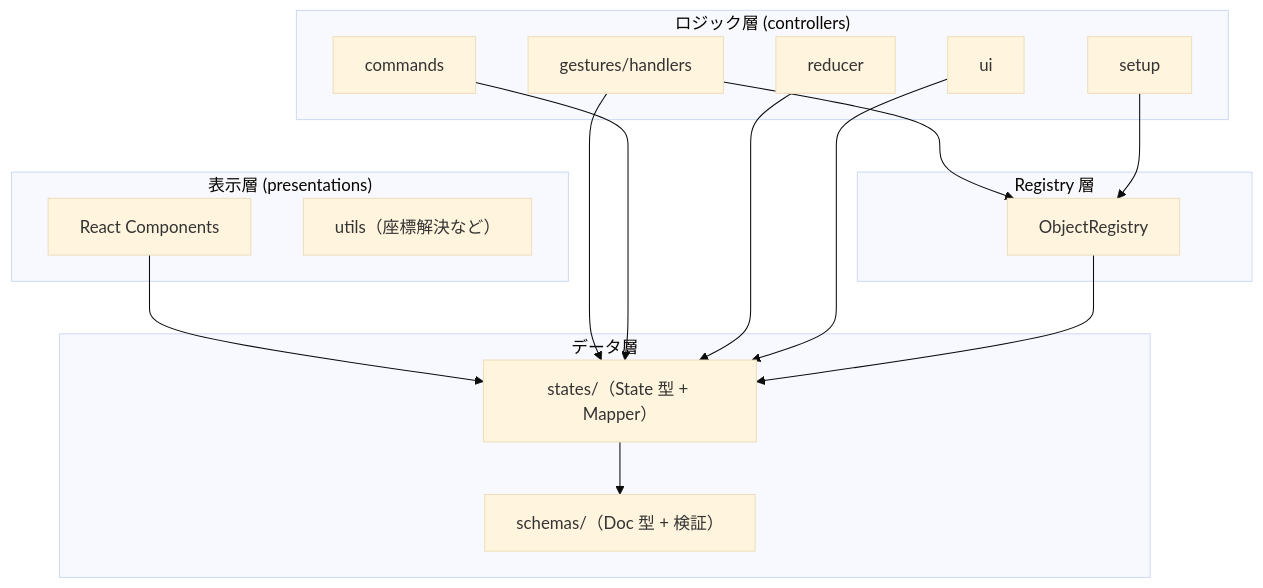
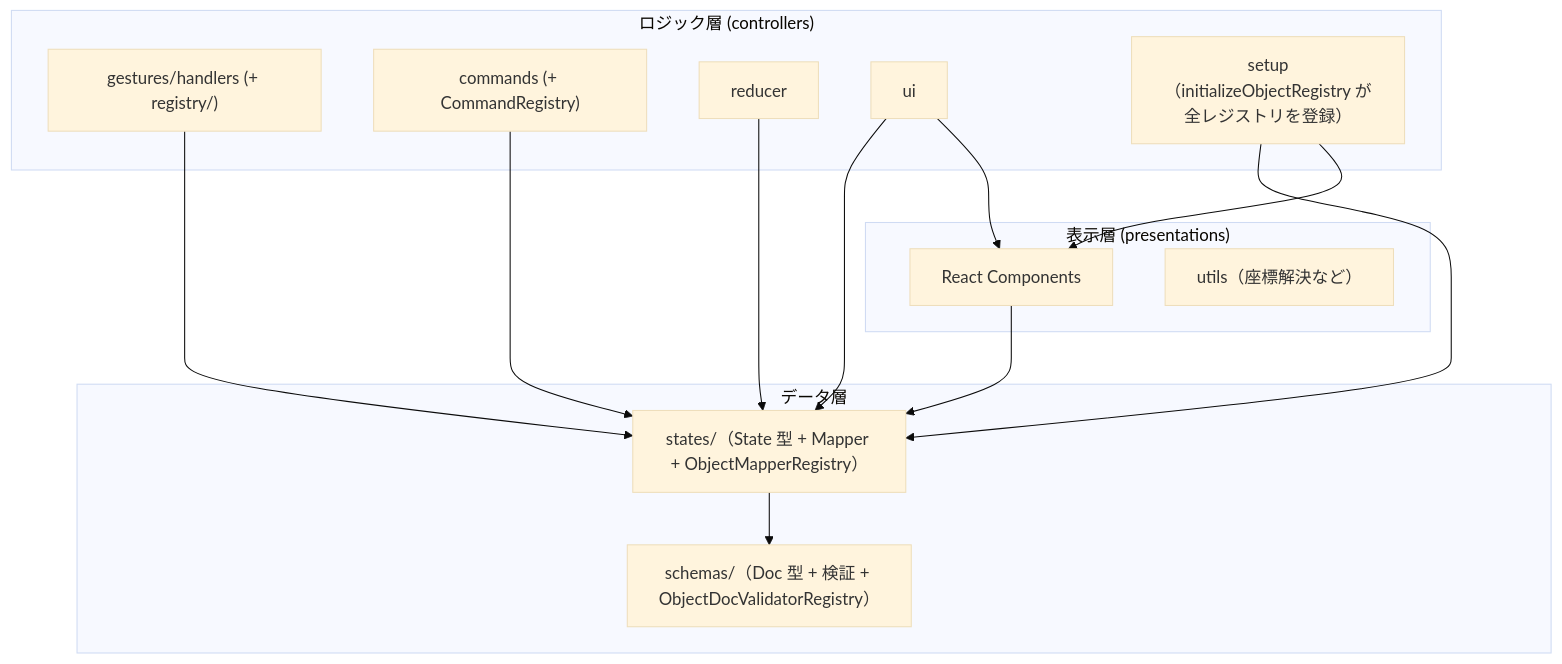
One commit to gznnk/jiscribe changed the diagram in packages/canvas/docs/02-architecture.ja.md. Above: the diagram before and after it, drawn with Mermaid (base theme). The commit also changed other lines of this file and 8 other files, not shown here.

````diff
--- a/packages/canvas/docs/02-architecture.ja.md
+++ b/packages/canvas/docs/02-architecture.ja.md
@@ -86,31 +95,28 @@
 ```mermaid
 graph TD
     subgraph Presentations["表示層 (presentations)"]
         PresentationComponents["React Components"]
         PresentationUtils["utils（座標解決など）"]
     end
     subgraph Controllers["ロジック層 (controllers)"]
-        Gestures["gestures/handlers"]
-        Commands["commands"]
+        Gestures["gestures/handlers (+ registry/)"]
+        Commands["commands (+ CommandRegistry)"]
         Reducer["reducer"]
         UI["ui"]
-        Setup["setup"]
-    end
-    subgraph Registry["Registry 層"]
-        ObjectRegistry["ObjectRegistry"]
+        Setup["setup（initializeObjectRegistry が全レジストリを登録）"]
     end
     subgraph States["データ層"]
-        StatesTypes["states/（State 型 + Mapper）"]
-        SchemasTypes["schemas/（Doc 型 + 検証）"]
+        StatesTypes["states/（State 型 + Mapper + ObjectMapperRegistry）"]
+        SchemasTypes["schemas/（Doc 型 + 検証 + ObjectDocValidatorRegistry）"]
     end
 
     PresentationComponents --> StatesTypes
     Gestures --> StatesTypes
-    Gestures --> ObjectRegistry
     Commands --> StatesTypes
     Reducer --> StatesTypes
     UI --> StatesTypes
-    Setup --> ObjectRegistry
-    ObjectRegistry --> StatesTypes
+    UI --> PresentationComponents
+    Setup --> StatesTypes
+    Setup --> PresentationComponents
     StatesTypes --> SchemasTypes
 ```
````
